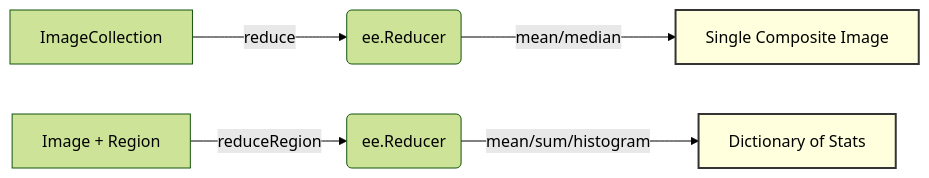
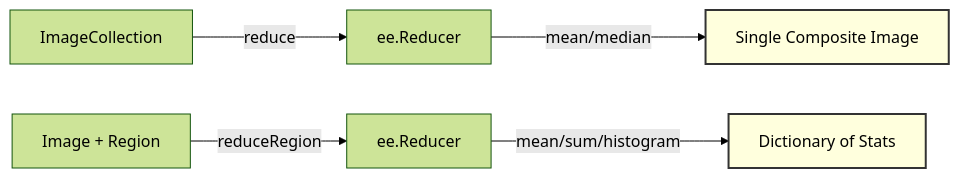
Before and after one commit to pulakeshpradhan/earthengine: the third of 6 diagrams in docs/gee/gee_syntax.md, drawn with Mermaid (forest theme). The commit also changed other lines of this file and 16 other files, not shown here.

Commit message:
docs: fix Mermaid syntax errors in diagrams across multiple pages

````diff
--- a/docs/gee/gee_syntax.md
+++ b/docs/gee/gee_syntax.md
@@ -736,9 +736,9 @@
 ```mermaid
-graph LR
-    A[ImageCollection] -- reduce --> B(ee.Reducer)
-    B -- mean/median --> C[Single Composite Image]
-    D[Image + Region] -- reduceRegion --> E(ee.Reducer)
-    E -- mean/sum/histogram --> F[Dictionary of Stats]
+flowchart LR
+    A["ImageCollection"] -- "reduce" --> B["ee.Reducer"]
+    B -- "mean/median" --> C["Single Composite Image"]
+    D["Image + Region"] -- "reduceRegion" --> E["ee.Reducer"]
+    E -- "mean/sum/histogram" --> F["Dictionary of Stats"]
     style C fill:#ffd,stroke:#333,stroke-width:2px
     style F fill:#ffd,stroke:#333,stroke-width:2px
 ```
````
